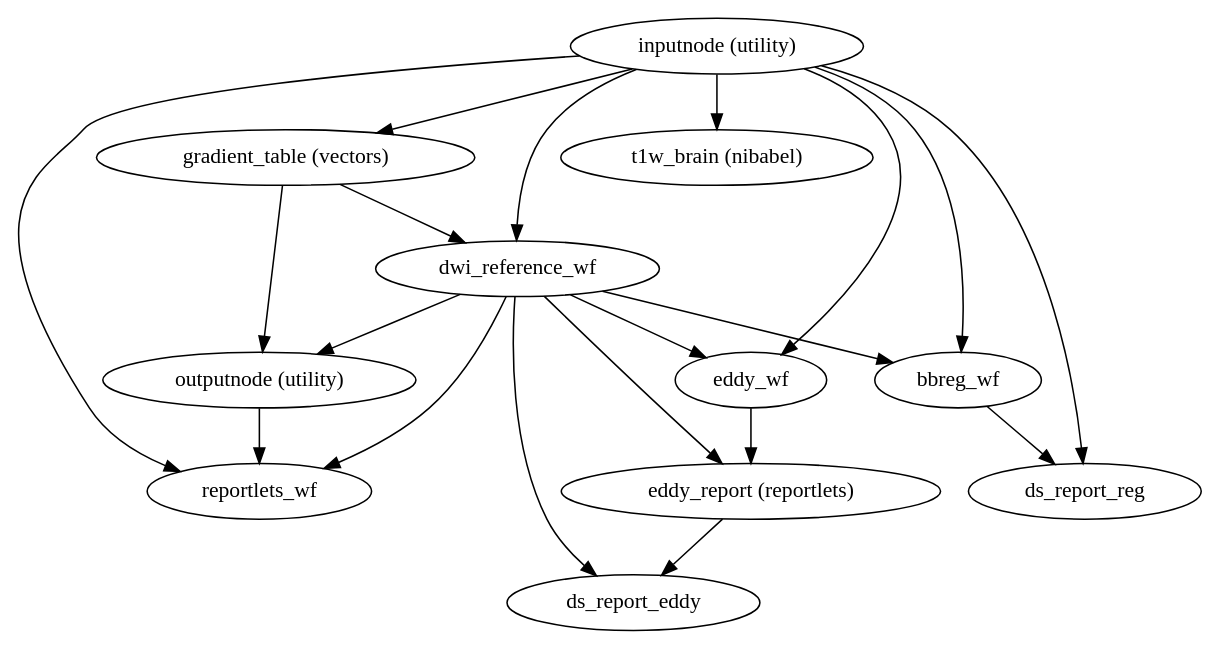
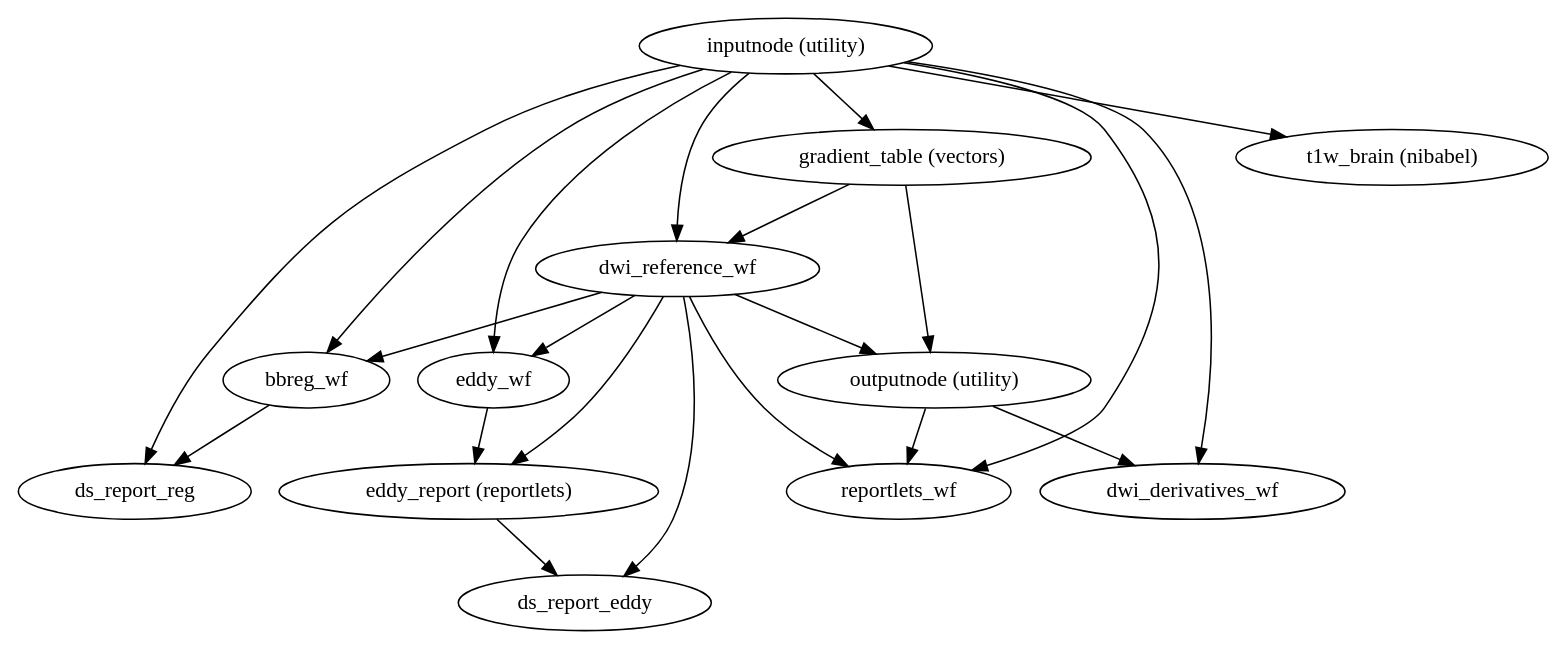
One commit to nipreps/dmriprep changed the diagram in 0.4.0/wf_directive/api/dwi_preproc_wf/dmriprep-workflows-dwi-base-1.dot. Above: the diagram before and after it, drawn with Graphviz. The commit also changed 413 other files, not shown here.

```diff
--- a/0.4.0/wf_directive/api/dwi_preproc_wf/dmriprep-workflows-dwi-base-1.dot
+++ b/0.4.0/wf_directive/api/dwi_preproc_wf/dmriprep-workflows-dwi-base-1.dot
@@ -1,32 +1,35 @@
 strict digraph  {
 "inputnode (utility)";
 "gradient_table (vectors)";
 dwi_reference_wf;
+dwi_derivatives_wf;
 bbreg_wf;
 "t1w_brain (nibabel)";
 ds_report_reg;
 eddy_wf;
 reportlets_wf;
 "outputnode (utility)";
 "eddy_report (reportlets)";
 ds_report_eddy;
 "inputnode (utility)" -> "gradient_table (vectors)";
 "inputnode (utility)" -> dwi_reference_wf;
+"inputnode (utility)" -> dwi_derivatives_wf;
 "inputnode (utility)" -> bbreg_wf;
 "inputnode (utility)" -> "t1w_brain (nibabel)";
 "inputnode (utility)" -> ds_report_reg;
 "inputnode (utility)" -> eddy_wf;
 "inputnode (utility)" -> reportlets_wf;
 "gradient_table (vectors)" -> dwi_reference_wf;
 "gradient_table (vectors)" -> "outputnode (utility)";
 dwi_reference_wf -> bbreg_wf;
 dwi_reference_wf -> eddy_wf;
 dwi_reference_wf -> "eddy_report (reportlets)";
 dwi_reference_wf -> ds_report_eddy;
 dwi_reference_wf -> reportlets_wf;
 dwi_reference_wf -> "outputnode (utility)";
 bbreg_wf -> ds_report_reg;
 eddy_wf -> "eddy_report (reportlets)";
+"outputnode (utility)" -> dwi_derivatives_wf;
 "outputnode (utility)" -> reportlets_wf;
 "eddy_report (reportlets)" -> ds_report_eddy;
 }
```
